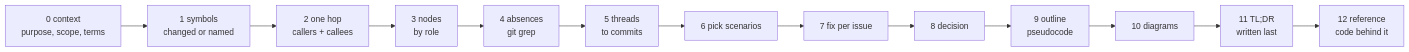
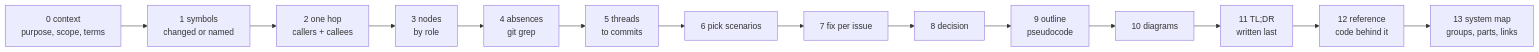
One commit to gauravprwl14/100x-engineer changed the diagram in skills/explain/references/research-recipe.md. Above: the diagram before and after it, drawn with Mermaid. The commit also changed other lines of this file and 27 other files, not shown here.

First line of the commit message:
explain: lead with a system map built from the subject, gated by an old-vs-new picture bench

````diff
--- a/skills/explain/references/research-recipe.md
+++ b/skills/explain/references/research-recipe.md
@@ -7,15 +9,16 @@
 ```mermaid
 flowchart LR
   X[0 context<br/>purpose, scope, terms] --> S[1 symbols<br/>changed or named]
   S --> H[2 one hop<br/>callers + callees]
   H --> N[3 nodes<br/>by role]
   N --> A[4 absences<br/>git grep]
   A --> T[5 threads<br/>to commits]
   T --> P[6 pick scenarios]
   P --> F[7 fix per issue]
   F --> D[8 decision]
   D --> O[9 outline<br/>pseudocode]
   O --> G[10 diagrams]
   G --> L[11 TL;DR<br/>written last]
   L --> R[12 reference<br/>code behind it]
+  R --> M[13 system map<br/>groups, parts, links]
 ```
````
